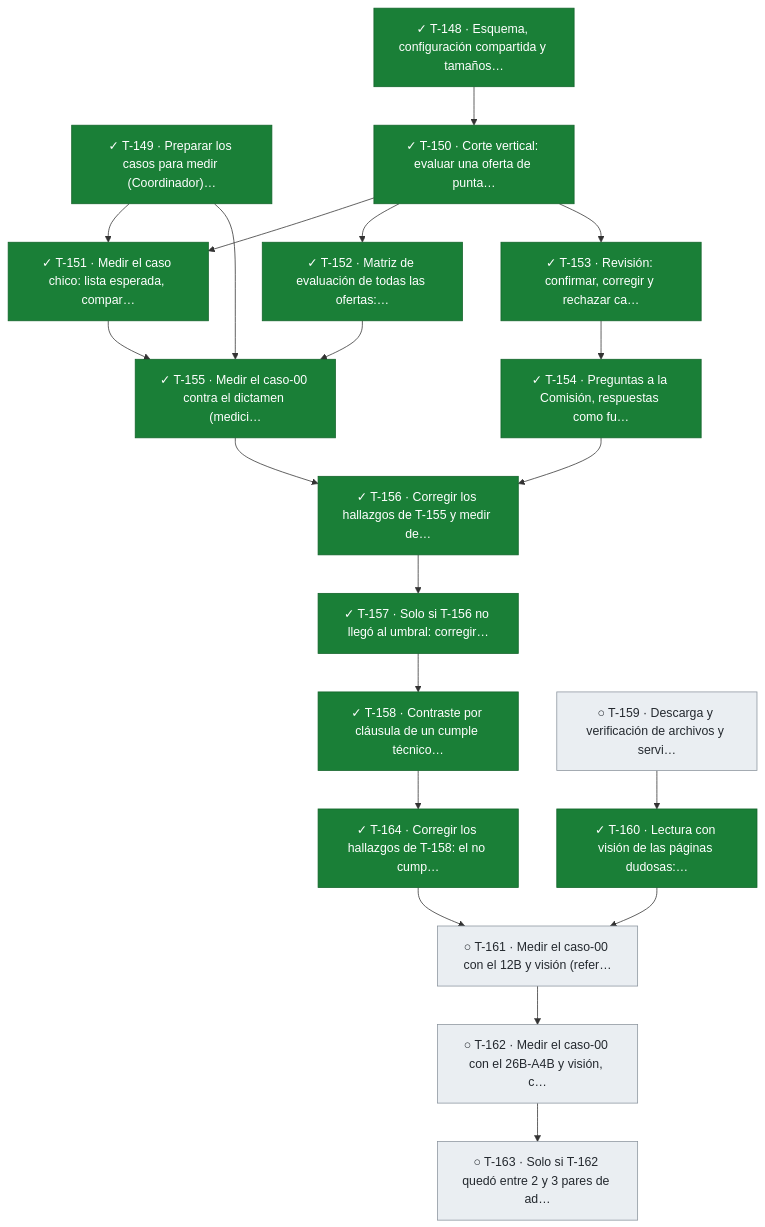
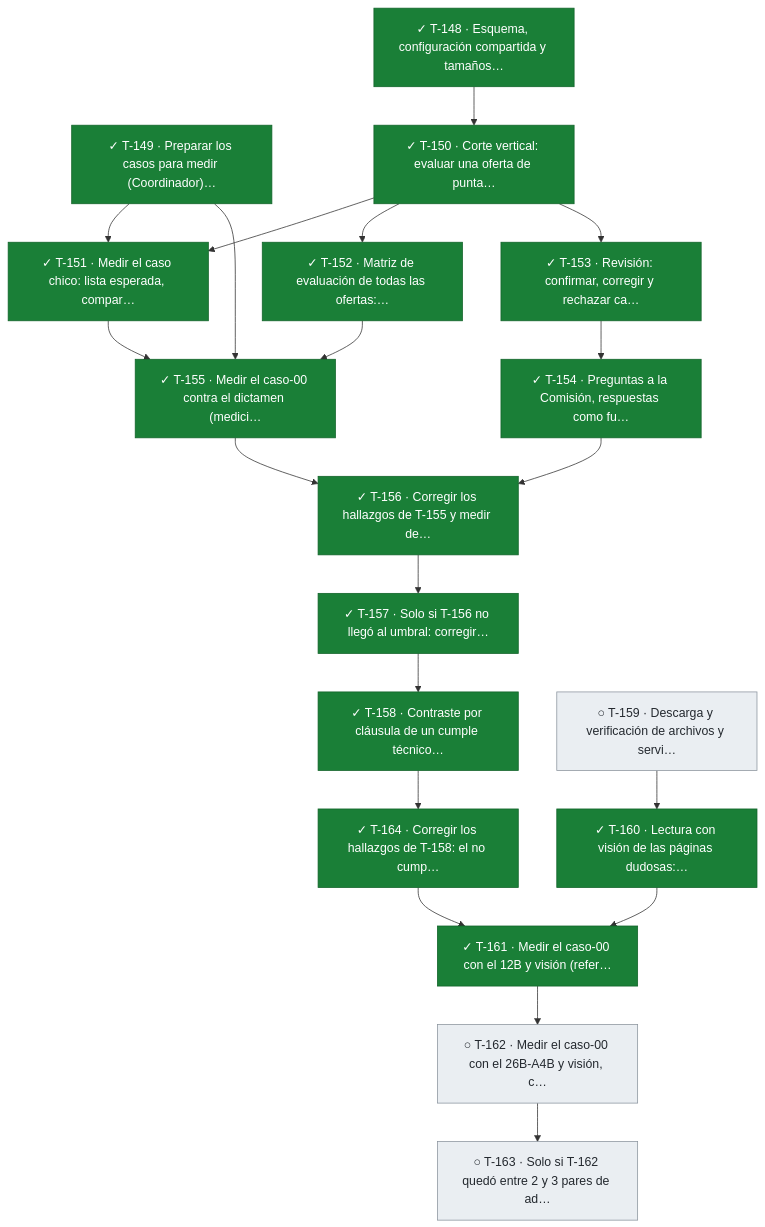
Before and after one commit to snavello/EVALUON: the seventh of 11 diagrams in docs/tablero.md, drawn with Mermaid. The commit also changed other lines of this file and 1 other file, not shown here.

Commit message:
gestión: T-161 terminada (umbral de visión no alcanzado; a revisión)

````diff
--- a/docs/tablero.md
+++ b/docs/tablero.md
@@ -692,44 +692,44 @@
 ```mermaid
 flowchart TD
   T148["✓ T-148 · Esquema, configuración compartida y tamaños…"]:::done
   T149["✓ T-149 · Preparar los casos para medir (Coordinador)…"]:::done
   T150["✓ T-150 · Corte vertical: evaluar una oferta de punta…"]:::done
   T151["✓ T-151 · Medir el caso chico: lista esperada, compar…"]:::done
   T152["✓ T-152 · Matriz de evaluación de todas las ofertas:…"]:::done
   T153["✓ T-153 · Revisión: confirmar, corregir y rechazar ca…"]:::done
   T154["✓ T-154 · Preguntas a la Comisión, respuestas como fu…"]:::done
   T155["✓ T-155 · Medir el caso-00 contra el dictamen (medici…"]:::done
   T156["✓ T-156 · Corregir los hallazgos de T-155 y medir de…"]:::done
   T157["✓ T-157 · Solo si T-156 no llegó al umbral: corregir…"]:::done
   T158["✓ T-158 · Contraste por cláusula de un cumple técnico…"]:::done
   T164["✓ T-164 · Corregir los hallazgos de T-158: el no cump…"]:::done
   T159["○ T-159 · Descarga y verificación de archivos y servi…"]:::todo
   T160["✓ T-160 · Lectura con visión de las páginas dudosas:…"]:::done
-  T161["○ T-161 · Medir el caso-00 con el 12B y visión (refer…"]:::todo
+  T161["✓ T-161 · Medir el caso-00 con el 12B y visión (refer…"]:::done
   T162["○ T-162 · Medir el caso-00 con el 26B-A4B y visión, c…"]:::todo
   T163["○ T-163 · Solo si T-162 quedó entre 2 y 3 pares de ad…"]:::todo
   T148 --> T150
   T149 --> T151
   T150 --> T151
   T150 --> T152
   T150 --> T153
   T153 --> T154
   T149 --> T155
   T151 --> T155
   T152 --> T155
   T154 --> T156
   T155 --> T156
   T156 --> T157
   T157 --> T158
   T158 --> T164
   T159 --> T160
   T160 --> T161
   T164 --> T161
   T161 --> T162
   T162 --> T163
   classDef done fill:#1a7f37,stroke:#116329,color:#ffffff
   classDef review fill:#0969da,stroke:#0550ae,color:#ffffff
   classDef active fill:#bf8700,stroke:#7d4e00,color:#ffffff
   classDef blocked fill:#cf222e,stroke:#a40e26,color:#ffffff
   classDef todo fill:#eaeef2,stroke:#8c959f,color:#24292f
 ```
````
